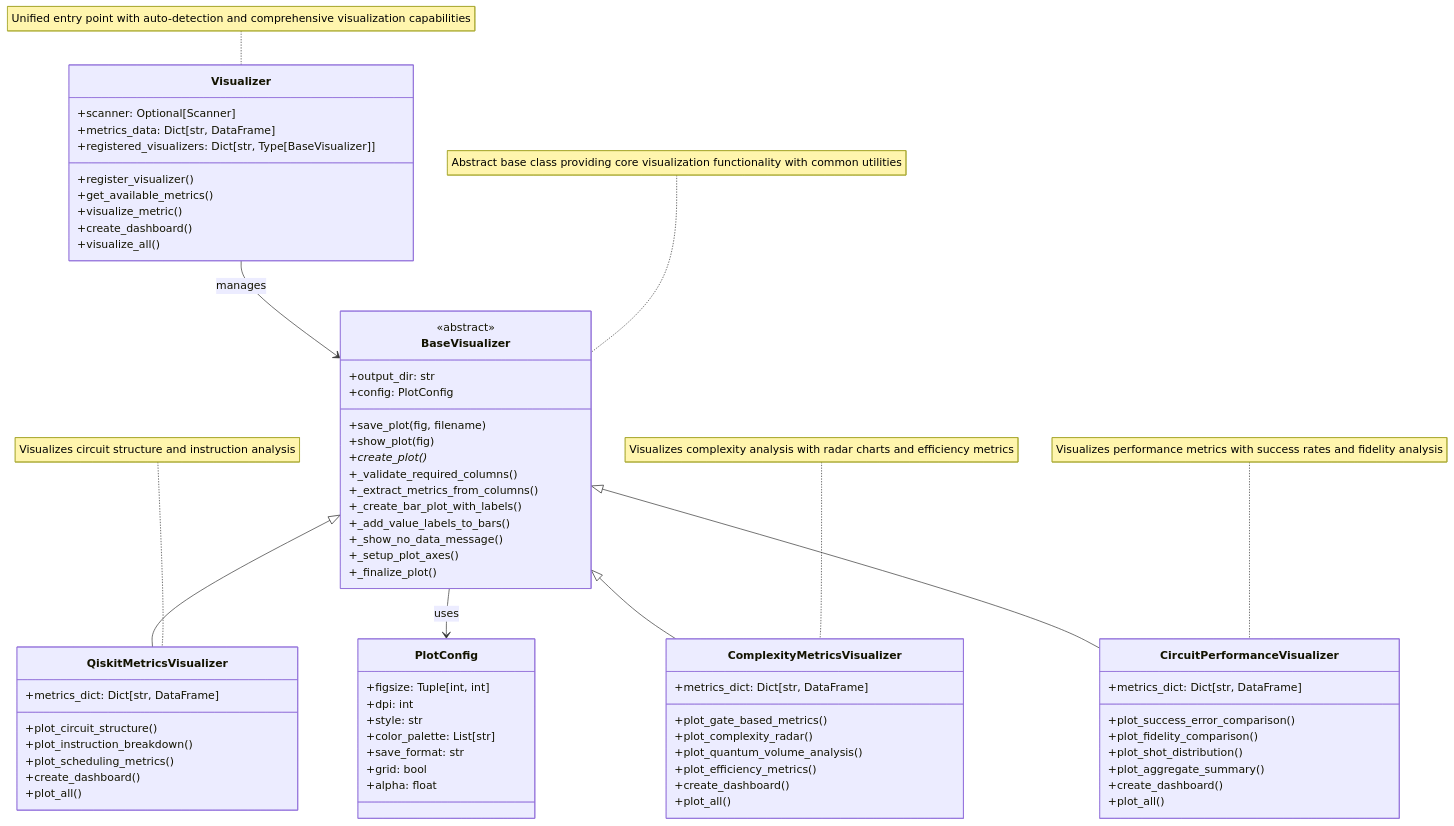
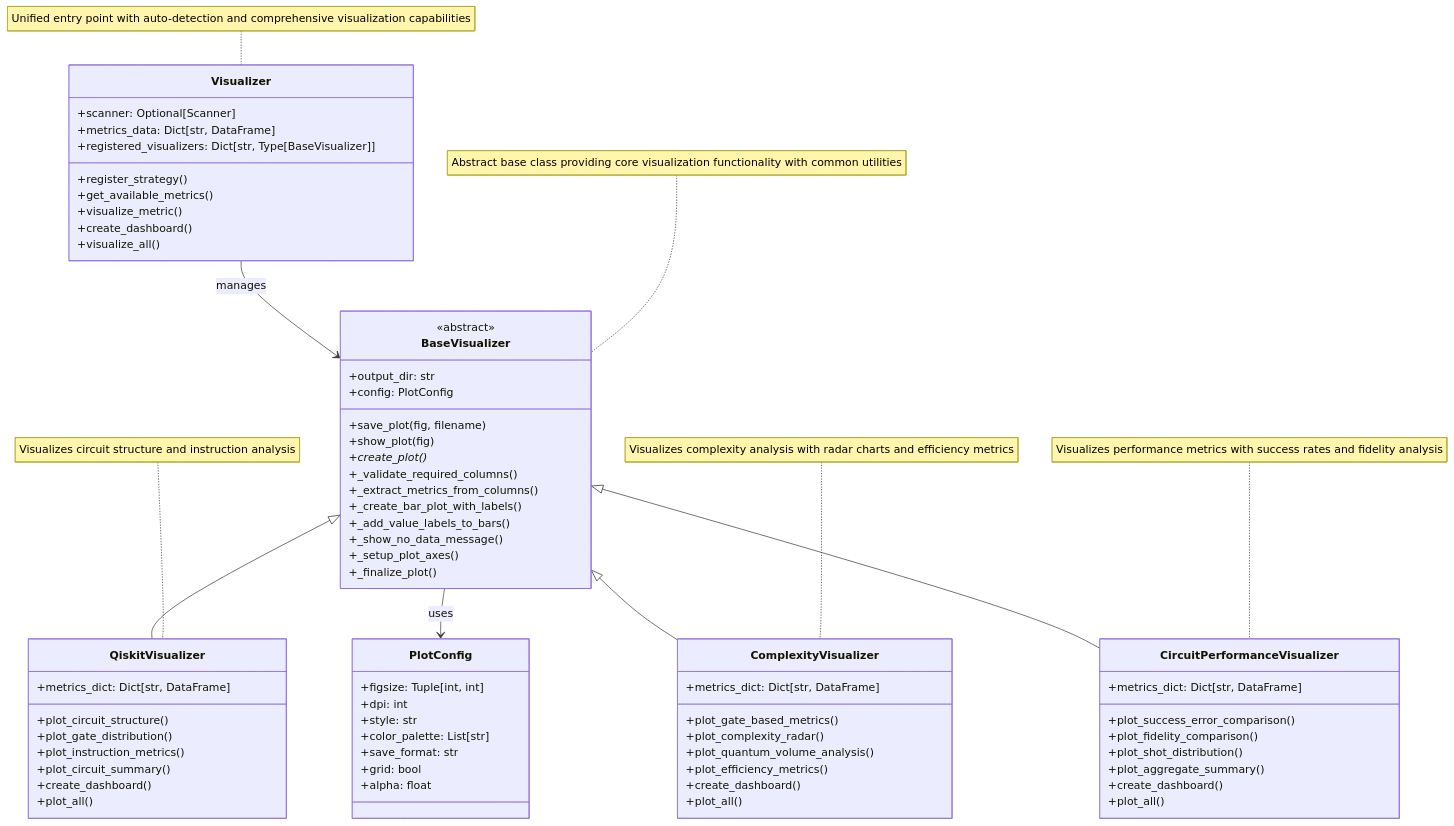
One commit to xthecapx/qiskit-qward changed the second of 2 diagrams in docs/technical_docs.md. Above: the diagram before and after it, drawn with Mermaid. The commit also changed other lines of this file and 37 other files, not shown here.

````diff
--- a/docs/technical_docs.md
+++ b/docs/technical_docs.md
@@ -451,80 +453,81 @@
 ```{mermaid}
 classDiagram
     class BaseVisualizer {
         <<abstract>>
         +output_dir: str
         +config: PlotConfig
         +save_plot(fig, filename)
         +show_plot(fig)
         +create_plot()*
         +_validate_required_columns()
         +_extract_metrics_from_columns()
         +_create_bar_plot_with_labels()
         +_add_value_labels_to_bars()
         +_show_no_data_message()
         +_setup_plot_axes()
         +_finalize_plot()
     }
 
     class PlotConfig {
         +figsize: Tuple[int, int]
         +dpi: int
         +style: str
         +color_palette: List[str]
         +save_format: str
         +grid: bool
         +alpha: float
     }
 
-    class QiskitMetricsVisualizer {
+    class QiskitVisualizer {
         +metrics_dict: Dict[str, DataFrame]
         +plot_circuit_structure()
-        +plot_instruction_breakdown()
-        +plot_scheduling_metrics()
+        +plot_gate_distribution()
+        +plot_instruction_metrics()
+        +plot_circuit_summary()
         +create_dashboard()
         +plot_all()
     }
 
-    class ComplexityMetricsVisualizer {
+    class ComplexityVisualizer {
         +metrics_dict: Dict[str, DataFrame]
         +plot_gate_based_metrics()
         +plot_complexity_radar()
         +plot_quantum_volume_analysis()
         +plot_efficiency_metrics()
         +create_dashboard()
         +plot_all()
     }
 
     class CircuitPerformanceVisualizer {
         +metrics_dict: Dict[str, DataFrame]
         +plot_success_error_comparison()
         +plot_fidelity_comparison()
         +plot_shot_distribution()
         +plot_aggregate_summary()
         +create_dashboard()
         +plot_all()
     }
 
     class Visualizer {
         +scanner: Optional[Scanner]
         +metrics_data: Dict[str, DataFrame]
         +registered_visualizers: Dict[str, Type[BaseVisualizer]]
-        +register_visualizer()
+        +register_strategy()
         +get_available_metrics()
         +visualize_metric()
         +create_dashboard()
         +visualize_all()
     }
     
     note for BaseVisualizer "Abstract base class providing core visualization functionality with common utilities"
-    note for QiskitMetricsVisualizer "Visualizes circuit structure and instruction analysis"
-    note for ComplexityMetricsVisualizer "Visualizes complexity analysis with radar charts and efficiency metrics"
+    note for QiskitVisualizer "Visualizes circuit structure and instruction analysis"
+    note for ComplexityVisualizer "Visualizes complexity analysis with radar charts and efficiency metrics"
     note for CircuitPerformanceVisualizer "Visualizes performance metrics with success rates and fidelity analysis"
     note for Visualizer "Unified entry point with auto-detection and comprehensive visualization capabilities"
 
-    BaseVisualizer <|-- QiskitMetricsVisualizer
-    BaseVisualizer <|-- ComplexityMetricsVisualizer
+    BaseVisualizer <|-- QiskitVisualizer
+    BaseVisualizer <|-- ComplexityVisualizer
     BaseVisualizer <|-- CircuitPerformanceVisualizer
     BaseVisualizer --> PlotConfig : uses
     Visualizer --> BaseVisualizer : manages
 ```
````
